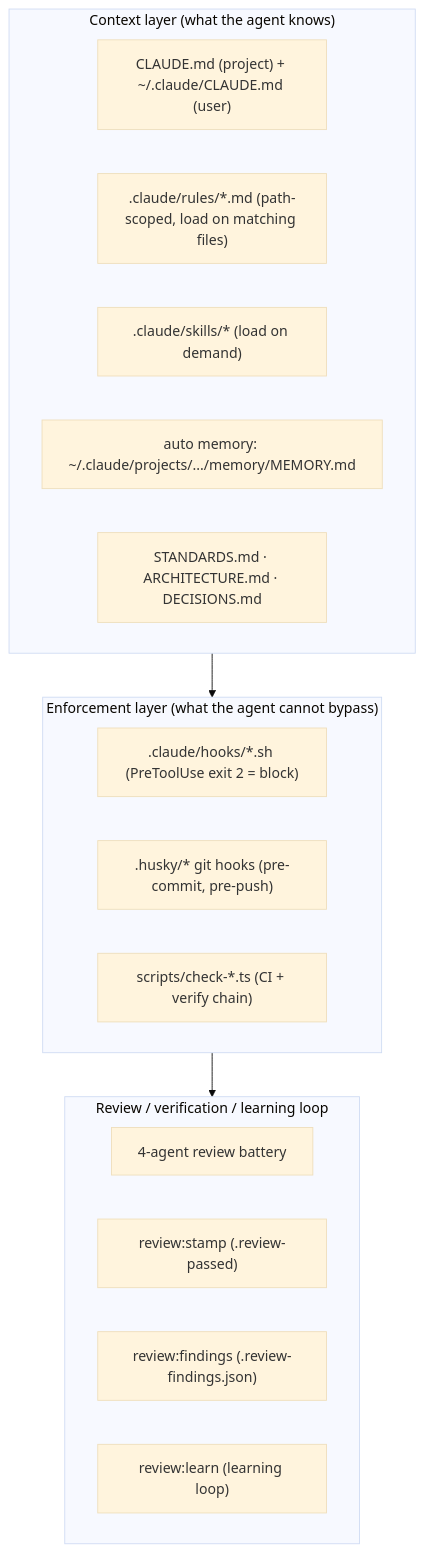
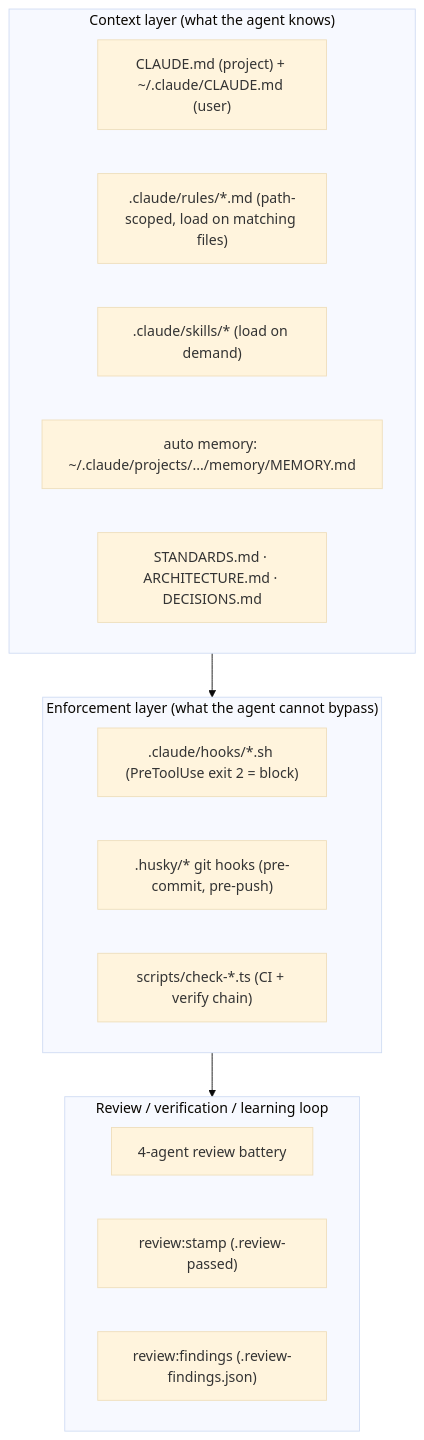
Before and after one commit to erikunha/portfolio: the first of 3 diagrams in docs/06-ai-development.md, drawn with Mermaid (base theme). The commit also changed other lines of this file and 39 other files, not shown here.

````diff
--- a/docs/06-ai-development.md
+++ b/docs/06-ai-development.md
@@ -7,22 +7,21 @@
 ```mermaid
 flowchart TB
     subgraph ctx["Context layer (what the agent knows)"]
         cl["CLAUDE.md (project) + ~/.claude/CLAUDE.md (user)"]
         rules[".claude/rules/*.md (path-scoped, load on matching files)"]
         skills[".claude/skills/* (load on demand)"]
         mem["auto memory: ~/.claude/projects/.../memory/MEMORY.md"]
         docs["STANDARDS.md · ARCHITECTURE.md · DECISIONS.md"]
     end
     subgraph enf["Enforcement layer (what the agent cannot bypass)"]
         hooks[".claude/hooks/*.sh (PreToolUse exit 2 = block)"]
         husky[".husky/* git hooks (pre-commit, pre-push)"]
         gates["scripts/check-*.ts (CI + verify chain)"]
     end
     subgraph loop["Review / verification / learning loop"]
         battery["4-agent review battery"]
         stamp["review:stamp (.review-passed)"]
         ledger["review:findings (.review-findings.json)"]
-        learn["review:learn (learning loop)"]
     end
     ctx --> enf --> loop
 ```
````
